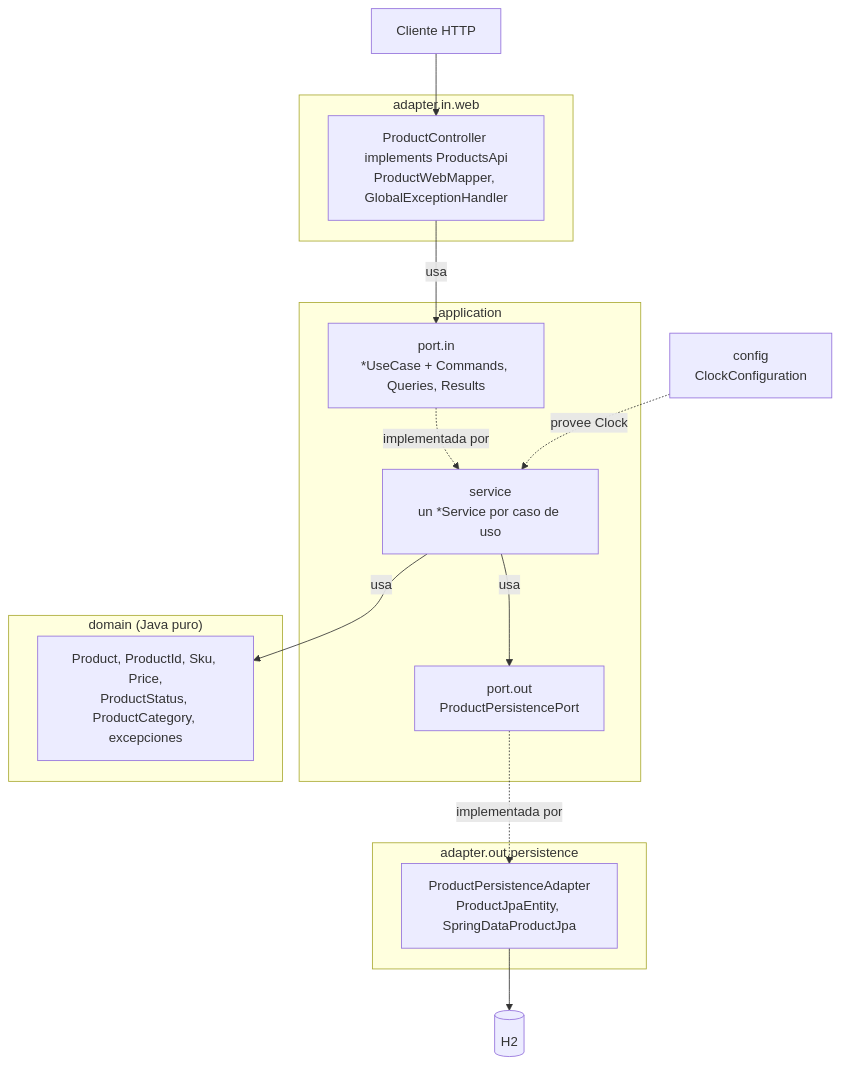
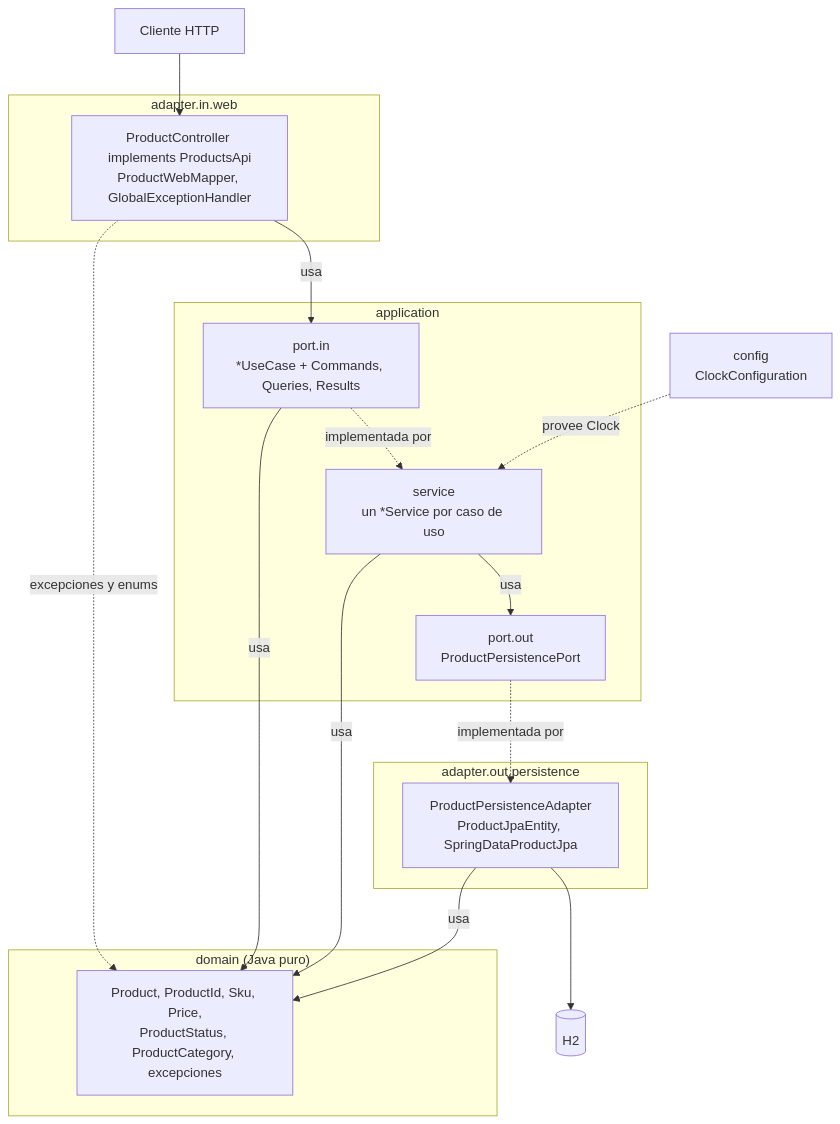
Before and after one commit to GalaxyTraining/CURS-000658-AI-SDD-F4: the first of 2 diagrams in docs/tecnica/arquitectura.md, drawn with Mermaid. The commit also changed other lines of this file and 8 other files, not shown here.

First line of the commit message:
docs: regenerar docs/tecnica tras /diagramas y registrar la tercera revisión de sincronización

````diff
--- a/docs/tecnica/arquitectura.md
+++ b/docs/tecnica/arquitectura.md
@@ -17,29 +17,32 @@
 ```mermaid
 flowchart TB
     CLIENT["Cliente HTTP"]
     subgraph AIN["adapter.in.web"]
         CTRL["ProductController implements ProductsApi<br/>ProductWebMapper, GlobalExceptionHandler"]
     end
     subgraph APP["application"]
         UCI["port.in<br/>*UseCase + Commands, Queries, Results"]
         SVC["service<br/>un *Service por caso de uso"]
         PP["port.out<br/>ProductPersistencePort"]
     end
     subgraph DOM["domain (Java puro)"]
         AGG["Product, ProductId, Sku, Price,<br/>ProductStatus, ProductCategory, excepciones"]
     end
     subgraph AOUT["adapter.out.persistence"]
         PAD["ProductPersistenceAdapter<br/>ProductJpaEntity, SpringDataProductJpa"]
     end
     DB[("H2")]
     CFG["config<br/>ClockConfiguration"]
 
     CLIENT --> CTRL
     CTRL -- "usa" --> UCI
+    CTRL -. "excepciones y enums" .-> AGG
     UCI -. "implementada por" .-> SVC
+    UCI -- "usa" --> AGG
     SVC -- "usa" --> AGG
     SVC -- "usa" --> PP
     PP -. "implementada por" .-> PAD
+    PAD -- "usa" --> AGG
     PAD --> DB
     CFG -. "provee Clock" .-> SVC
 ```
````
